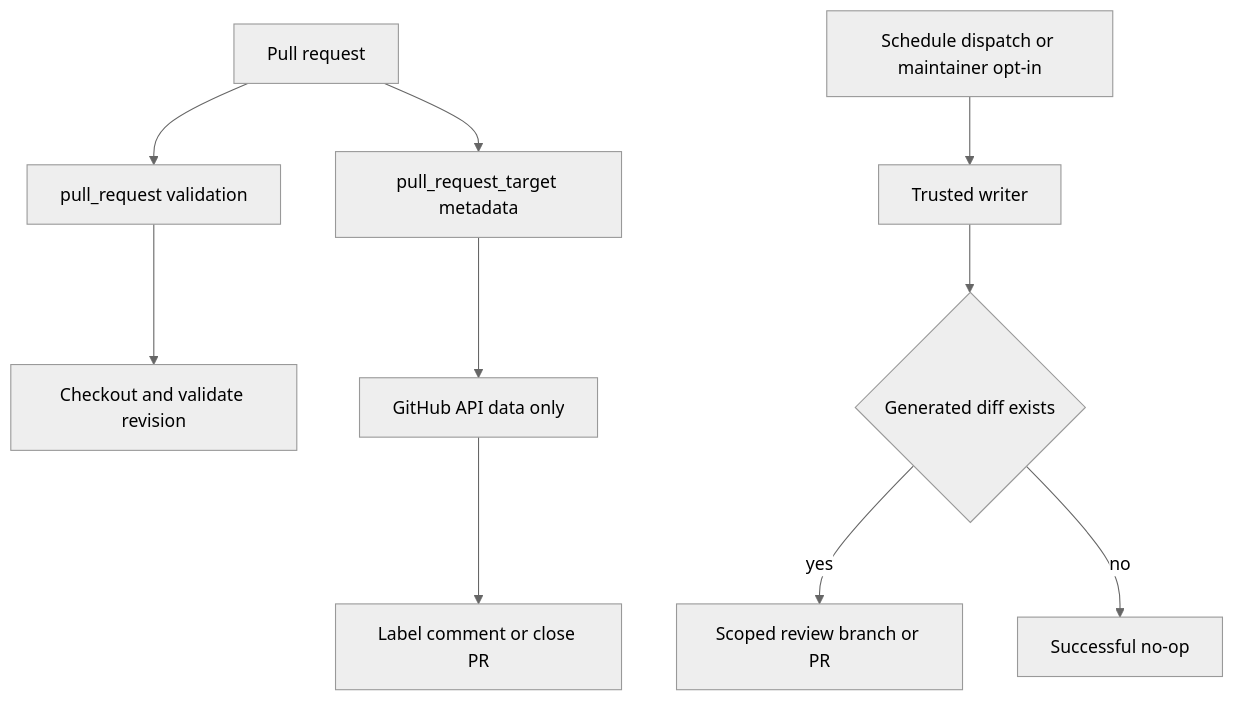
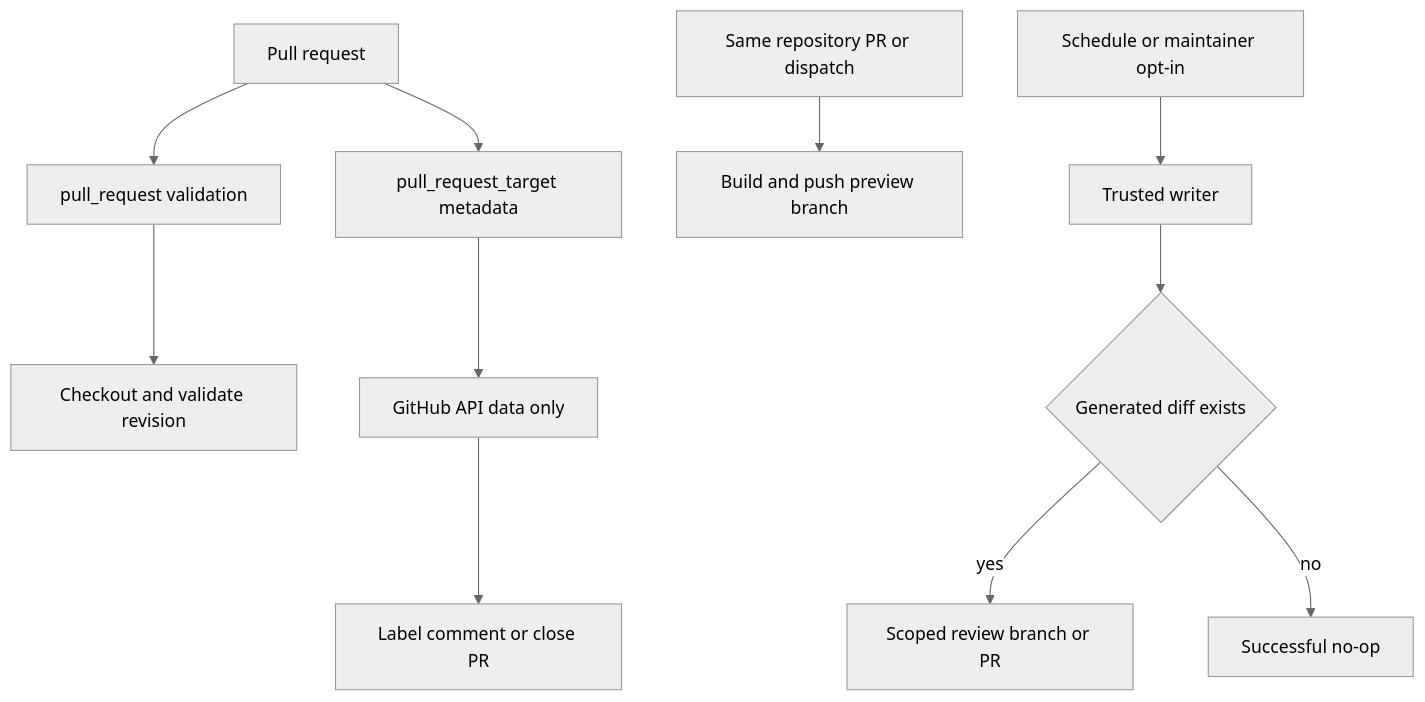
Before and after one commit to langchain-ai/docs: the first of 2 diagrams in openwiki/integrations/github-actions.md, drawn with Mermaid (neutral theme). The commit also changed other lines of this file and 15 other files, not shown here.

````diff
--- a/openwiki/integrations/github-actions.md
+++ b/openwiki/integrations/github-actions.md
@@ -49,12 +56,13 @@
 ```mermaid
 flowchart TD
   PR["Pull request"] --> Validation["pull_request validation"]
   PR --> Metadata["pull_request_target metadata"]
   Validation --> Revision["Checkout and validate revision"]
   Metadata --> API["GitHub API data only"]
   API --> PRChange["Label comment or close PR"]
-  Trigger["Schedule dispatch or maintainer opt-in"] --> Writer["Trusted writer"]
+  SameRepo["Same repository PR or dispatch"] --> Preview["Build and push preview branch"]
+  Trigger["Schedule or maintainer opt-in"] --> Writer["Trusted writer"]
   Writer --> Changed{"Generated diff exists"}
   Changed -->|"yes"| Review["Scoped review branch or PR"]
   Changed -->|"no"| Noop["Successful no-op"]
 ```
````
